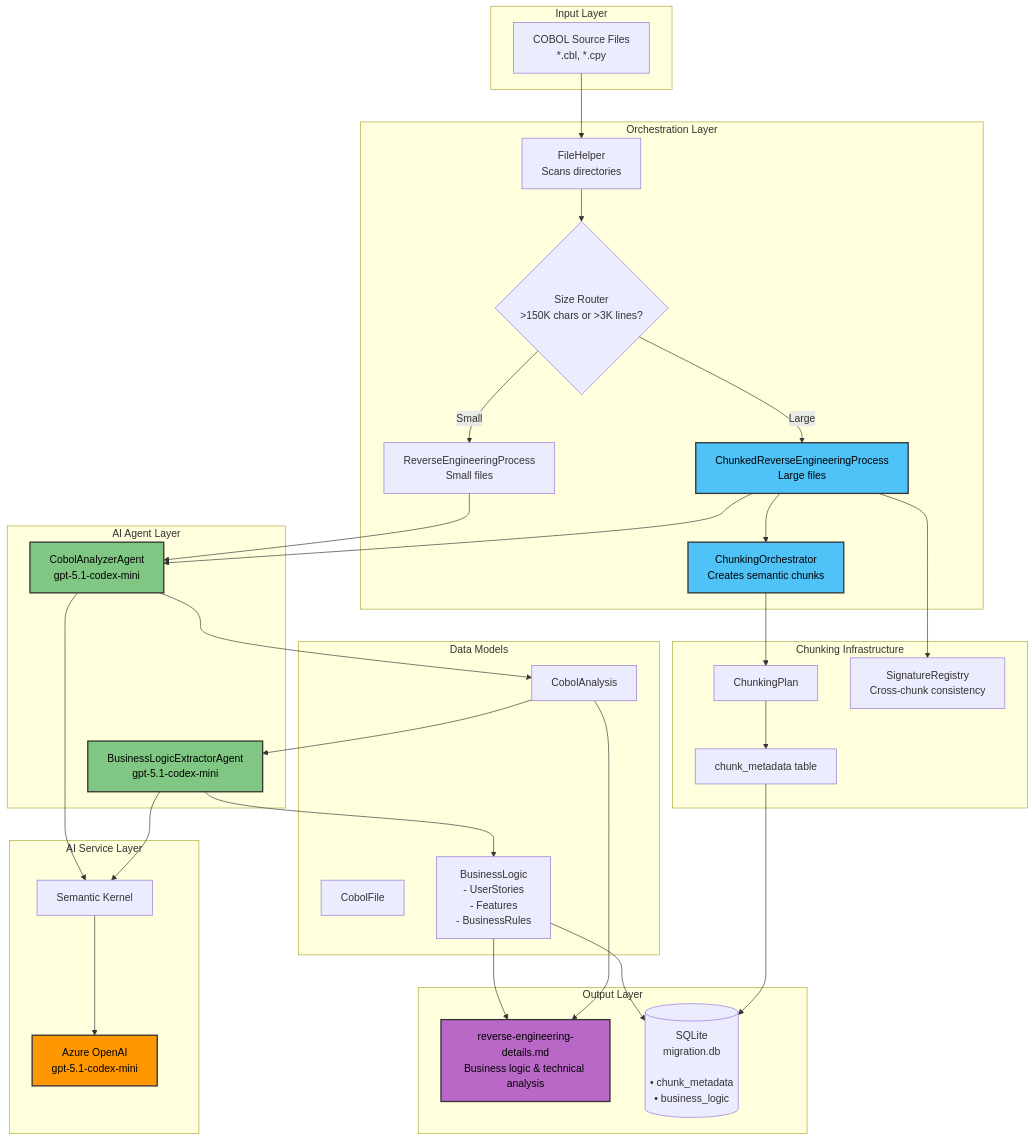
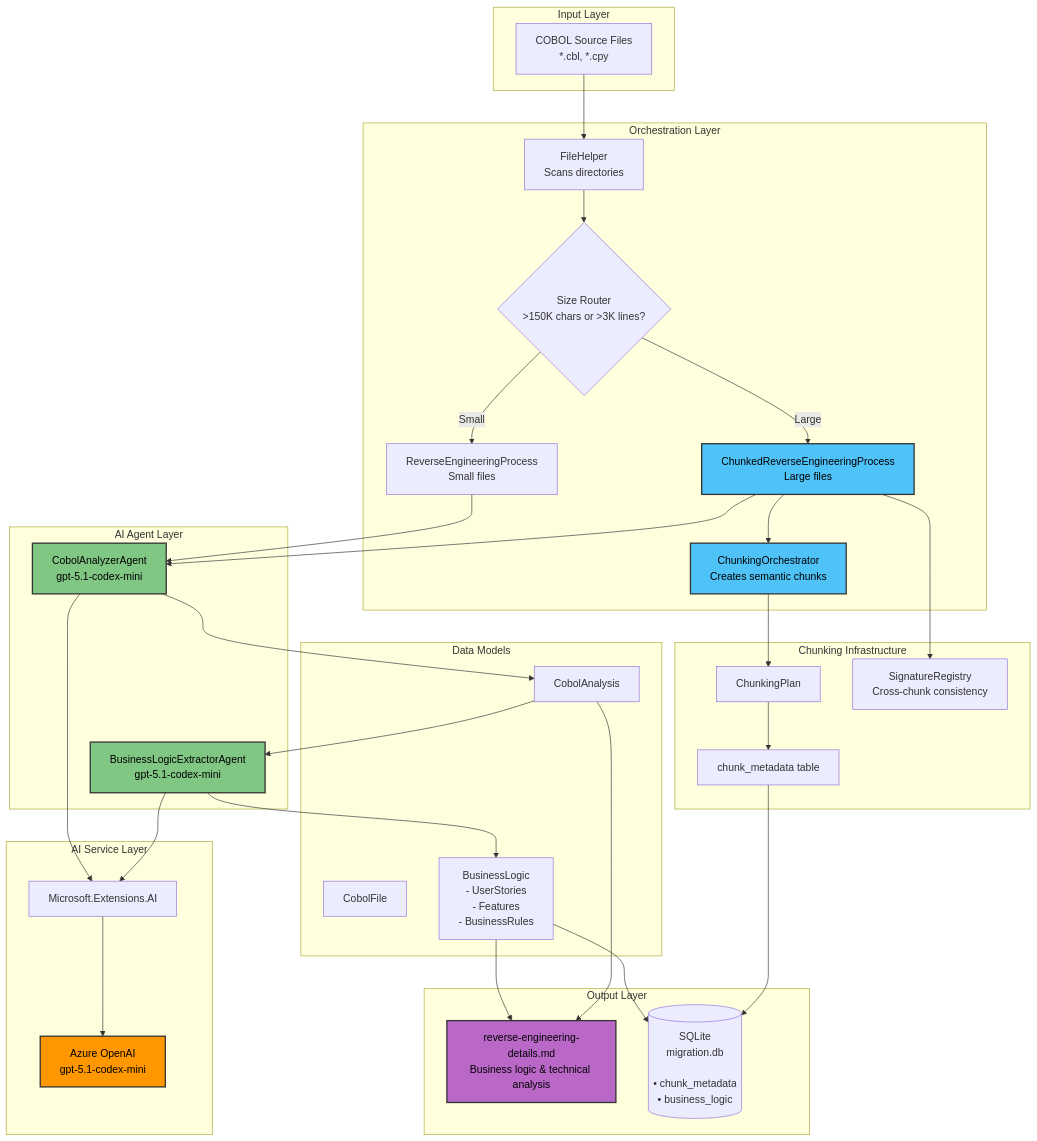
The second of 7 diagrams in docs/REVERSE_ENGINEERING_ARCHITECTURE.md (Azure-Samples/Legacy-Modernization-Agents), drawn with Mermaid before and after one commit. The commit also changed 4 other files, not shown here.

Commit message:
docs: remove all Semantic Kernel and Agent Framework references, use Microsoft.Extensions.AI

````diff
--- a/docs/REVERSE_ENGINEERING_ARCHITECTURE.md
+++ b/docs/REVERSE_ENGINEERING_ARCHITECTURE.md
@@ -63,74 +63,74 @@
 ```mermaid
 graph TB
     subgraph "Input Layer"
         COBOL[COBOL Source Files<br/>*.cbl, *.cpy]
     end
     
     subgraph "Orchestration Layer"
         FileHelper[FileHelper<br/>Scans directories]
         SizeRouter{Size Router<br/>>150K chars or >3K lines?}
         REProcess[ReverseEngineeringProcess<br/>Small files]
         ChunkedRE[ChunkedReverseEngineeringProcess<br/>Large files]
         ChunkOrch[ChunkingOrchestrator<br/>Creates semantic chunks]
     end
     
     subgraph "AI Agent Layer"
         CobolAnalyzer[CobolAnalyzerAgent<br/>gpt-5.1-codex-mini]
         BusinessLogic[BusinessLogicExtractorAgent<br/>gpt-5.1-codex-mini]
     end
     
     subgraph "AI Service Layer"
-        SK[Semantic Kernel]
+        MEAI[Microsoft.Extensions.AI]
         Azure[Azure OpenAI<br/>gpt-5.1-codex-mini]
     end
     
     subgraph "Data Models"
         CobolFile[CobolFile]
         CobolAnalysis[CobolAnalysis]
         BusinessLogicModel[BusinessLogic<br/>- UserStories<br/>- Features<br/>- BusinessRules]
     end
     
     subgraph "Chunking Infrastructure"
         ChunkPlan[ChunkingPlan]
         ChunkMeta[chunk_metadata table]
         SigRegistry[SignatureRegistry<br/>Cross-chunk consistency]
     end
     
     subgraph "Output Layer"
         DetailsMD[reverse-engineering-details.md<br/>Business logic & technical analysis]
         DB[(SQLite<br/>migration.db<br/><br/>• chunk_metadata<br/>• business_logic)]
     end
     
     COBOL --> FileHelper
     FileHelper --> SizeRouter
     SizeRouter -->|Small| REProcess
     SizeRouter -->|Large| ChunkedRE
     ChunkedRE --> ChunkOrch
     ChunkOrch --> ChunkPlan
     ChunkPlan --> ChunkMeta
     
     REProcess --> CobolAnalyzer
     ChunkedRE --> CobolAnalyzer
     ChunkedRE --> SigRegistry
     
-    CobolAnalyzer --> SK
-    BusinessLogic --> SK
-    SK --> Azure
+    CobolAnalyzer --> MEAI
+    BusinessLogic --> MEAI
+    MEAI --> Azure
     
     CobolAnalyzer --> CobolAnalysis
     BusinessLogic --> BusinessLogicModel
     
     CobolAnalysis --> BusinessLogic
     
     BusinessLogicModel --> DetailsMD
     BusinessLogicModel --> DB
     CobolAnalysis --> DetailsMD
     ChunkMeta --> DB
     
     style ChunkedRE fill:#4fc3f7,stroke:#333,stroke-width:2px,color:#000
     style ChunkOrch fill:#4fc3f7,stroke:#333,stroke-width:2px,color:#000
     style CobolAnalyzer fill:#81c784,stroke:#333,stroke-width:2px,color:#000
     style BusinessLogic fill:#81c784,stroke:#333,stroke-width:2px,color:#000
     style Azure fill:#ff9800,stroke:#333,stroke-width:2px,color:#000
     style DetailsMD fill:#ba68c8,stroke:#333,stroke-width:2px,color:#000
 ```
````
